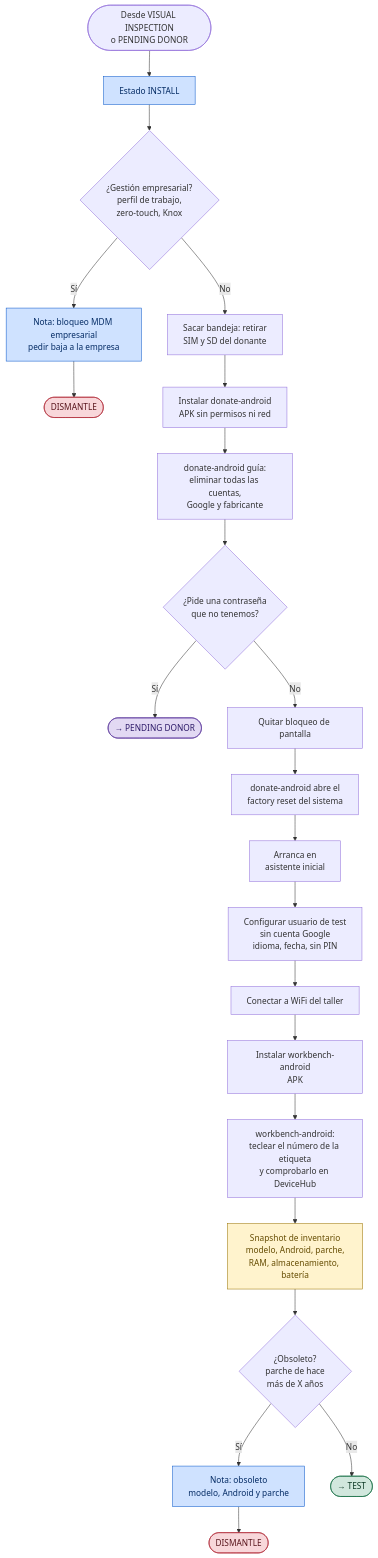
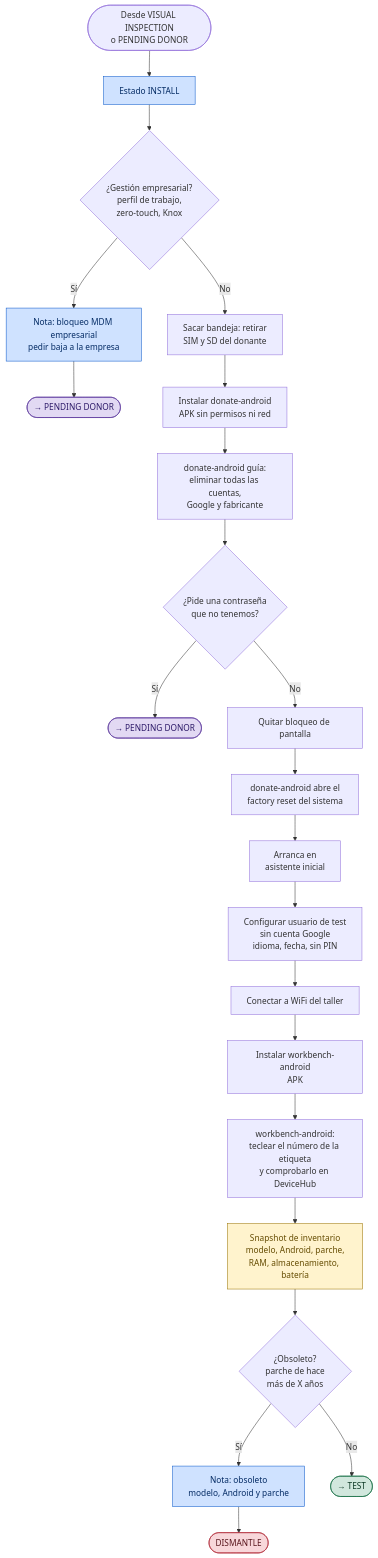
One commit to aucoop/vincle-digital-docs changed the fifth of 8 diagrams in docs/diagramas-detallados.md. Above: the diagram before and after it, drawn with Mermaid. The commit also changed other lines of this file, not shown here.

````diff
--- a/docs/diagramas-detallados.md
+++ b/docs/diagramas-detallados.md
@@ -225,34 +231,34 @@
 ```mermaid
 flowchart TD
     IN(["Desde VISUAL INSPECTION<br/>o PENDING DONOR"]) --> ST_IN["Estado INSTALL"]:::dh
 
     ST_IN --> EMM{"¿Gestión empresarial?<br/>perfil de trabajo,<br/>zero-touch, Knox"}
     EMM -->|"Sí"| N_EMM["Nota: bloqueo MDM empresarial<br/>pedir baja a la empresa"]:::dh
-    N_EMM --> PEND_MDM(["DISMANTLE"]):::reject
+    N_EMM --> PEND_MDM(["→ PENDING DONOR"]):::newstate
 
     EMM -->|"No"| BANDEJA["Sacar bandeja: retirar<br/>SIM y SD del donante"]
     BANDEJA --> DONATE["Instalar donate-android<br/>APK sin permisos ni red"]
     DONATE --> CUENTAS["donate-android guía:<br/>eliminar todas las cuentas,<br/>Google y fabricante"]
     CUENTAS --> PASS{"¿Pide una contraseña<br/>que no tenemos?"}
     PASS -->|"Sí"| PEND(["→ PENDING DONOR"]):::newstate
     PASS -->|"No"| LOCK["Quitar bloqueo de pantalla"]
     LOCK --> RESET["donate-android abre el<br/>factory reset del sistema"]
 
     RESET --> ASIST["Arranca en<br/>asistente inicial"]
     ASIST --> USR["Configurar usuario de test<br/>sin cuenta Google<br/>idioma, fecha, sin PIN"]
     USR --> WIFI_CFG["Conectar a WiFi del taller"]
     WIFI_CFG --> INSTWB["Instalar workbench-android<br/>APK"]
     INSTWB --> WBID["workbench-android:<br/>teclear el número de la etiqueta<br/>y comprobarlo en DeviceHub"]
     WBID --> INV["Snapshot de inventario<br/>modelo, Android, parche,<br/>RAM, almacenamiento, batería"]:::checkpoint
 
     INV --> OBS{"¿Obsoleto?<br/>parche de hace<br/>más de X años"}
     OBS -->|"Sí"| N_OBS["Nota: obsoleto<br/>modelo, Android y parche"]:::dh
     N_OBS --> DIS0(["DISMANTLE"]):::reject
     OBS -->|"No"| OK(["→ TEST"]):::ok
 
     classDef reject fill:#f8d7da,stroke:#b02a37,color:#58151c
     classDef ok fill:#d1e7dd,stroke:#146c43,color:#0a3622
     classDef checkpoint fill:#fff3cd,stroke:#997404,color:#664d03
     classDef dh fill:#cfe2ff,stroke:#0a58ca,color:#052c65
     classDef newstate fill:#e2d9f3,stroke:#59359a,color:#2f1c6a
 ```
````
